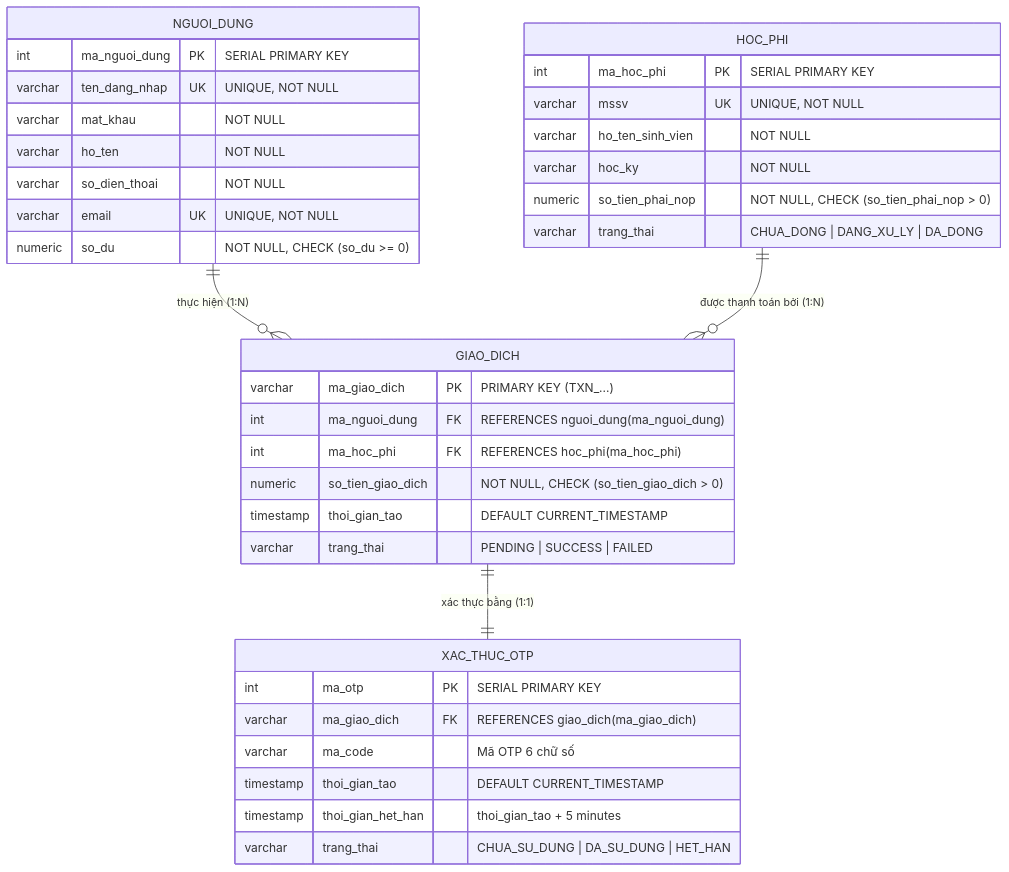
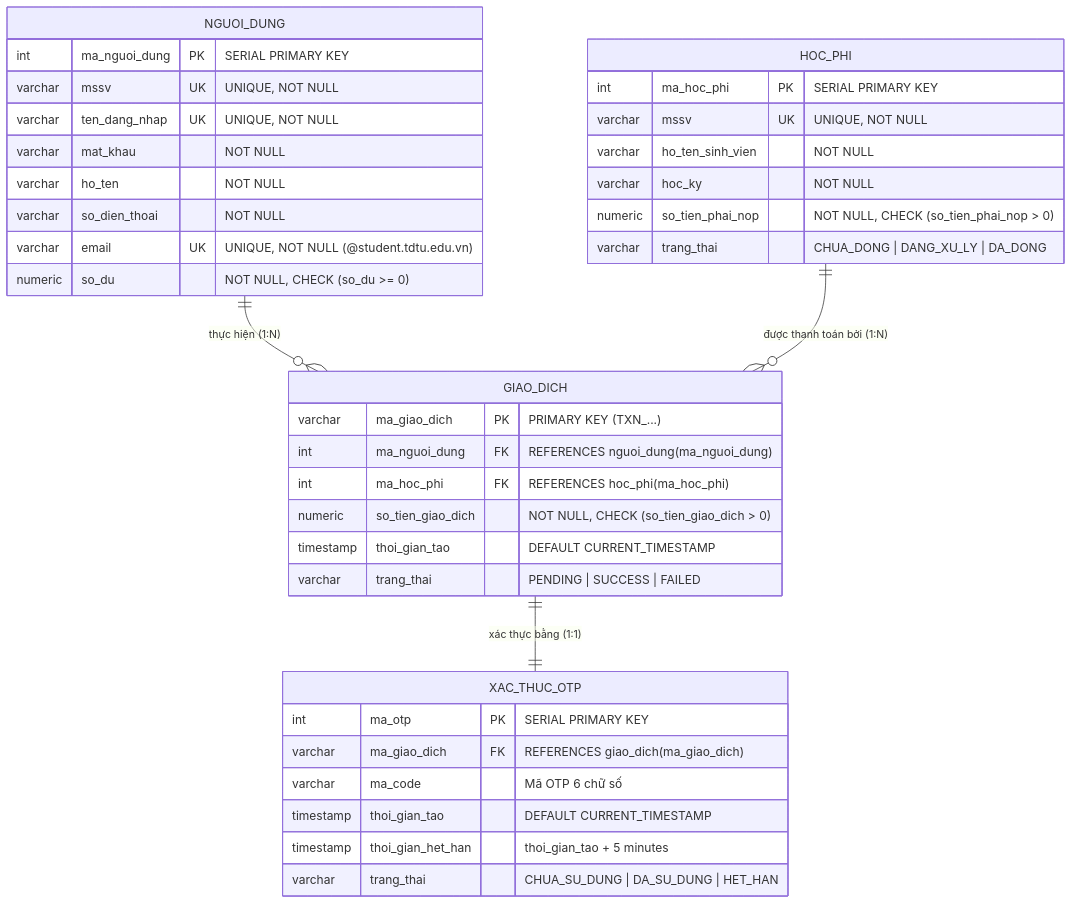
The second of 4 diagrams in README.md (giakhiem090206-tech/Midterm-Kien-Truc-HDV), drawn with Mermaid before and after one commit. The commit also changed other lines of this file, not shown here.

````diff
--- a/README.md
+++ b/README.md
@@ -62,43 +92,44 @@
 ```mermaid
 erDiagram
     NGUOI_DUNG ||--o{ GIAO_DICH : "thực hiện (1:N)"
     HOC_PHI ||--o{ GIAO_DICH : "được thanh toán bởi (1:N)"
     GIAO_DICH ||--|| XAC_THUC_OTP : "xác thực bằng (1:1)"
 
     NGUOI_DUNG {
         int ma_nguoi_dung PK "SERIAL PRIMARY KEY"
+        varchar mssv UK "UNIQUE, NOT NULL"
         varchar ten_dang_nhap UK "UNIQUE, NOT NULL"
         varchar mat_khau "NOT NULL"
         varchar ho_ten "NOT NULL"
         varchar so_dien_thoai "NOT NULL"
-        varchar email UK "UNIQUE, NOT NULL"
+        varchar email UK "UNIQUE, NOT NULL (<mssv>@student.tdtu.edu.vn)"
         numeric so_du "NOT NULL, CHECK (so_du >= 0)"
     }
 
     HOC_PHI {
         int ma_hoc_phi PK "SERIAL PRIMARY KEY"
         varchar mssv UK "UNIQUE, NOT NULL"
         varchar ho_ten_sinh_vien "NOT NULL"
         varchar hoc_ky "NOT NULL"
         numeric so_tien_phai_nop "NOT NULL, CHECK (so_tien_phai_nop > 0)"
         varchar trang_thai "CHUA_DONG | DANG_XU_LY | DA_DONG"
     }
 
     GIAO_DICH {
         varchar ma_giao_dich PK "PRIMARY KEY (TXN_...)"
         int ma_nguoi_dung FK "REFERENCES nguoi_dung(ma_nguoi_dung)"
         int ma_hoc_phi FK "REFERENCES hoc_phi(ma_hoc_phi)"
         numeric so_tien_giao_dich "NOT NULL, CHECK (so_tien_giao_dich > 0)"
         timestamp thoi_gian_tao "DEFAULT CURRENT_TIMESTAMP"
         varchar trang_thai "PENDING | SUCCESS | FAILED"
     }
 
     XAC_THUC_OTP {
         int ma_otp PK "SERIAL PRIMARY KEY"
         varchar ma_giao_dich FK "REFERENCES giao_dich(ma_giao_dich)"
         varchar ma_code "Mã OTP 6 chữ số"
         timestamp thoi_gian_tao "DEFAULT CURRENT_TIMESTAMP"
         timestamp thoi_gian_het_han "thoi_gian_tao + 5 minutes"
         varchar trang_thai "CHUA_SU_DUNG | DA_SU_DUNG | HET_HAN"
     }
 ```
````
